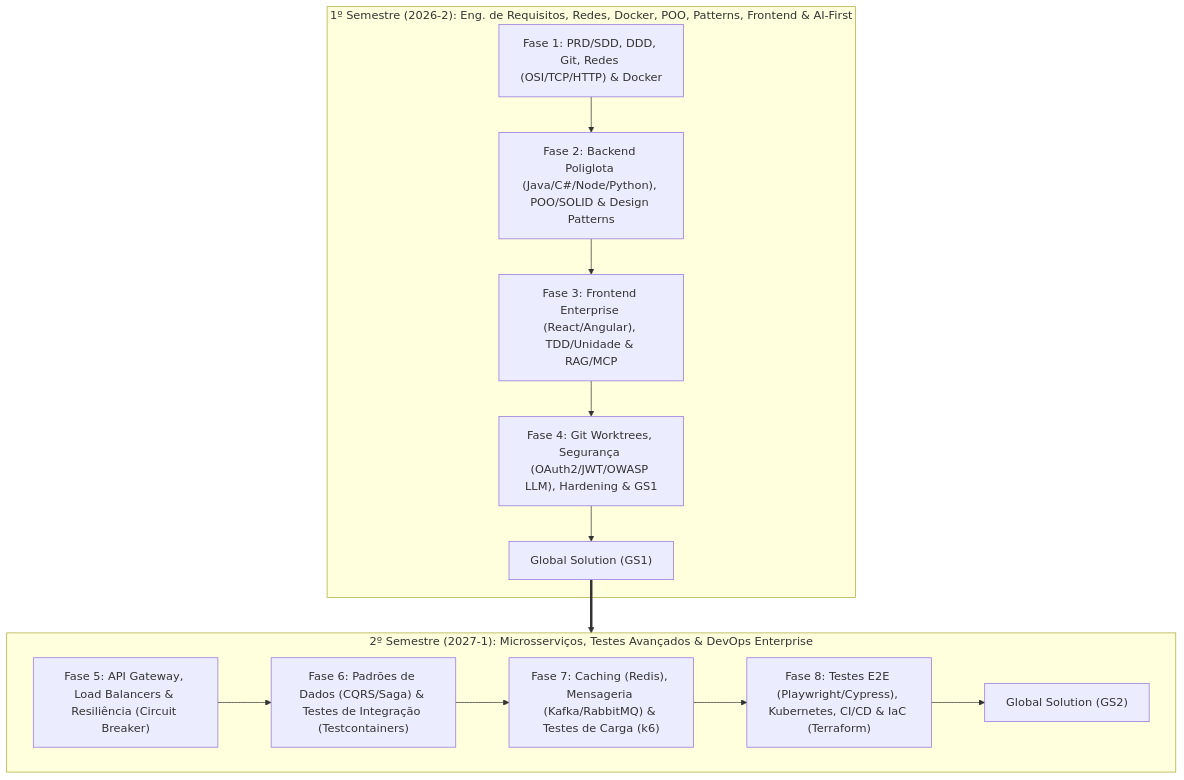
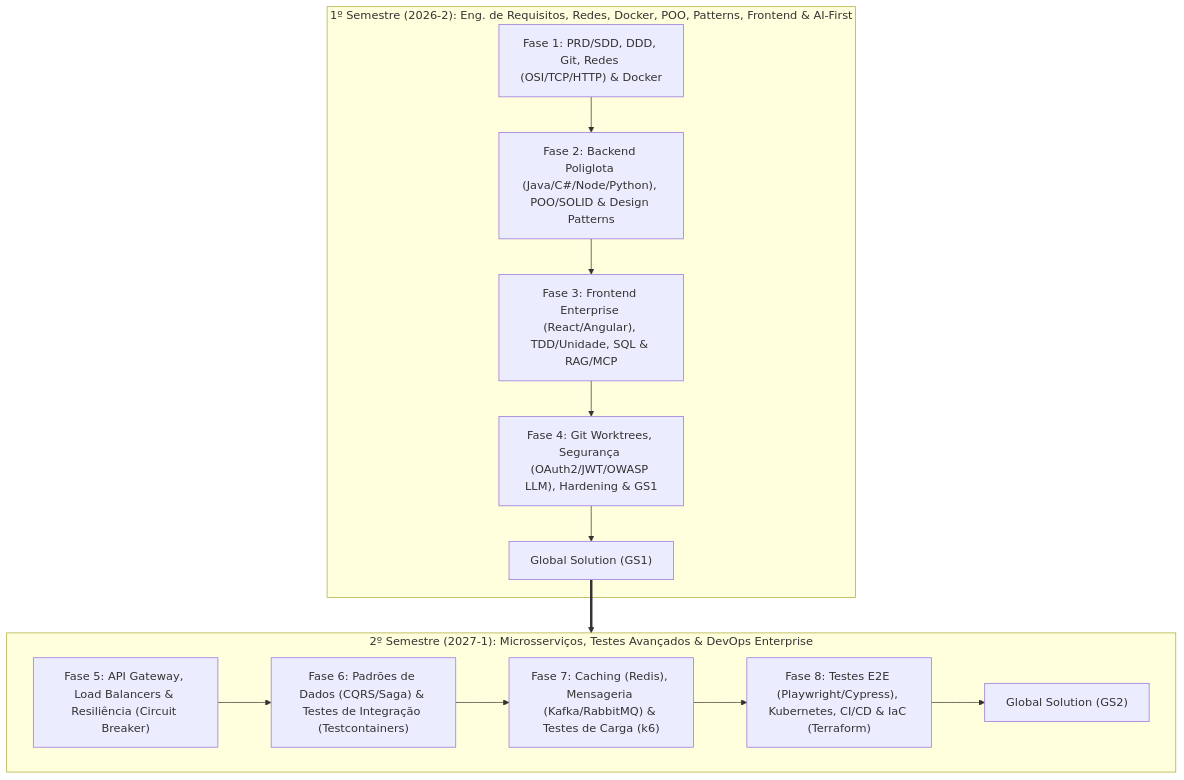
One commit to josercf/FIAP-2026-2-3SI changed the first of 2 diagrams in PLANO_DE_ENSINO.md. Above: the diagram before and after it, drawn with Mermaid. The commit also changed other lines of this file and 3 other files, not shown here.

````diff
--- a/PLANO_DE_ENSINO.md
+++ b/PLANO_DE_ENSINO.md
@@ -53,18 +54,18 @@
 ```mermaid
 graph TD
     subgraph S1["1º Semestre (2026-2): Eng. de Requisitos, Redes, Docker, POO, Patterns, Frontend & AI-First"]
         F1["Fase 1: PRD/SDD, DDD, Git, Redes (OSI/TCP/HTTP) & Docker"] --> F2["Fase 2: Backend Poliglota (Java/C#/Node/Python), POO/SOLID & Design Patterns"]
-        F2 --> F3["Fase 3: Frontend Enterprise (React/Angular), TDD/Unidade & RAG/MCP"]
+        F2 --> F3["Fase 3: Frontend Enterprise (React/Angular), TDD/Unidade, SQL & RAG/MCP"]
         F3 --> F4["Fase 4: Git Worktrees, Segurança (OAuth2/JWT/OWASP LLM), Hardening & GS1"]
         F4 --> GS1["Global Solution (GS1)"]
     end
 
     subgraph S2["2º Semestre (2027-1): Microsserviços, Testes Avançados & DevOps Enterprise"]
         F5["Fase 5: API Gateway, Load Balancers & Resiliência (Circuit Breaker)"] --> F6["Fase 6: Padrões de Dados (CQRS/Saga) & Testes de Integração (Testcontainers)"]
         F6 --> F7["Fase 7: Caching (Redis), Mensageria (Kafka/RabbitMQ) & Testes de Carga (k6)"]
         F7 --> F8["Fase 8: Testes E2E (Playwright/Cypress), Kubernetes, CI/CD & IaC (Terraform)"]
         F8 --> GS2["Global Solution (GS2)"]
     end
 
     GS1 ==> S2
 ```
````
